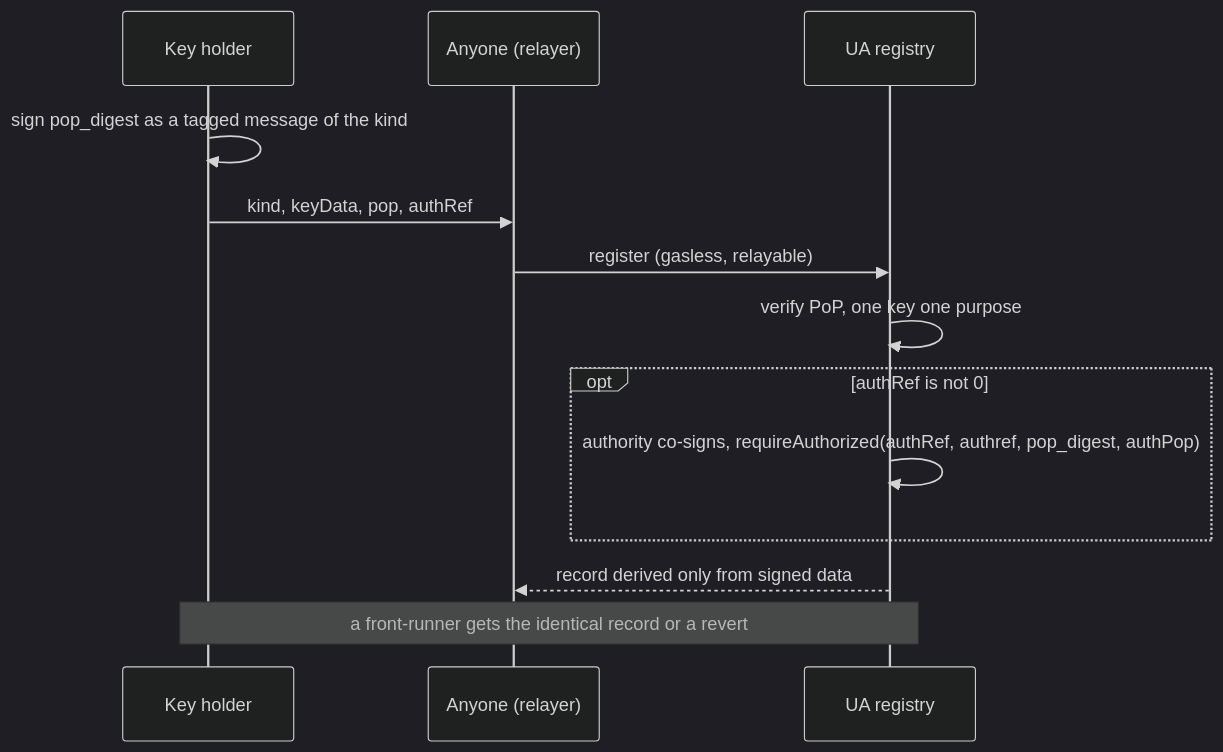
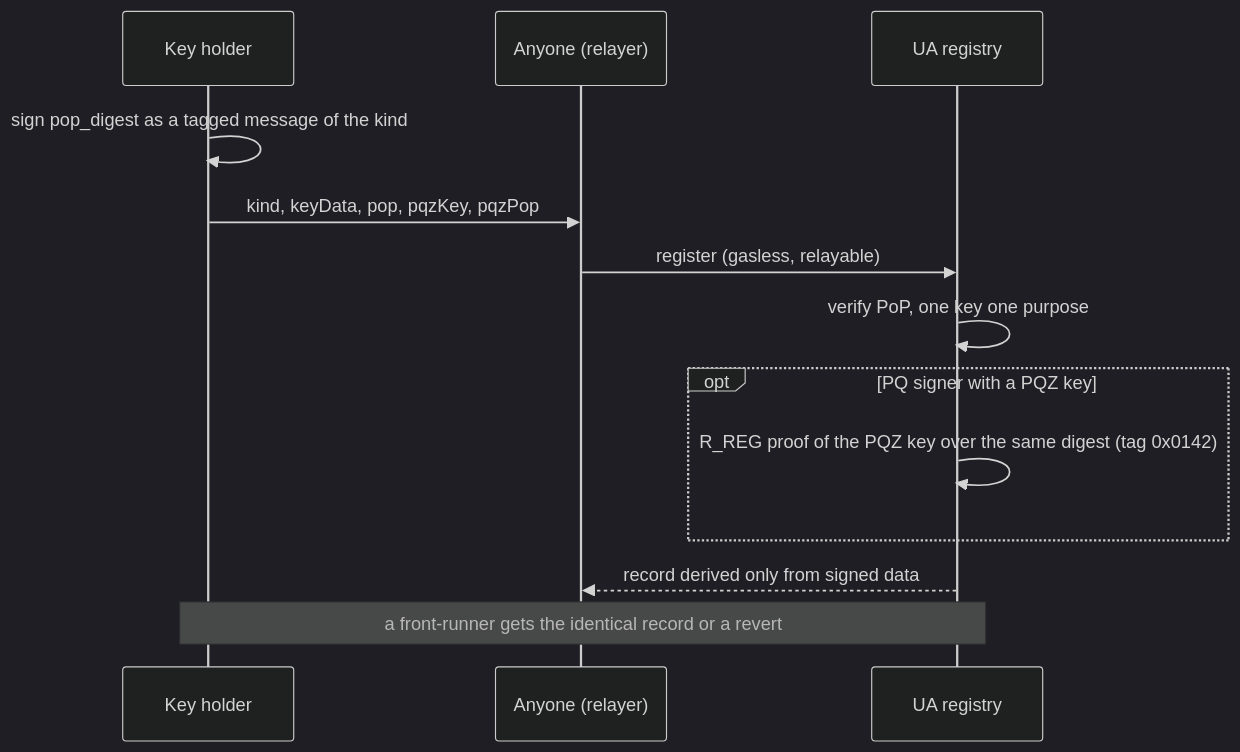
One commit to dinhduongha/scaas changed the third of 4 diagrams in docs/contracts/accounts.md. Above: the diagram before and after it, drawn with Mermaid (dark theme). The commit also changed other lines of this file and 9 other files, not shown here.

````diff
--- a/docs/contracts/accounts.md
+++ b/docs/contracts/accounts.md
@@ -190,15 +191,15 @@
 ```mermaid
 sequenceDiagram
     participant K as Key holder
     participant R as Anyone (relayer)
     participant G as UA registry
     K->>K: sign pop_digest as a tagged message of the kind
-    K->>R: kind, keyData, pop, authRef
+    K->>R: kind, keyData, pop, pqzKey, pqzPop
     R->>G: register (gasless, relayable)
     G->>G: verify PoP, one key one purpose
-    opt authRef is not 0
-        G->>G: authority co-signs, requireAuthorized(authRef, authref, pop_digest, authPop)
+    opt PQ signer with a PQZ key
+        G->>G: R_REG proof of the PQZ key over the same digest (tag 0x0142)
     end
     G-->>R: record derived only from signed data
     Note over K,G: a front-runner gets the identical record or a revert
 ```
````
